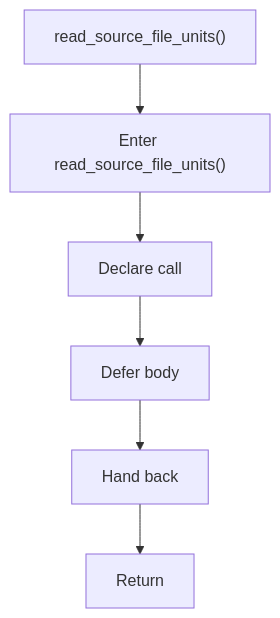
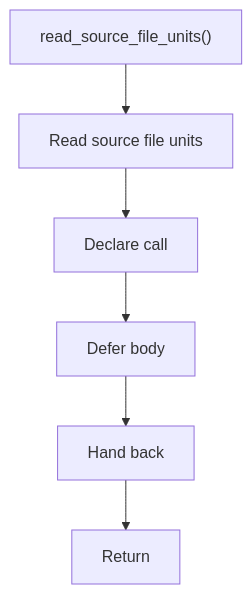
The fourth of 5 diagrams in docs/Codebase/Microservice/Modules/Header/SyntacticBrokenAST/Analysis/Input/source_reader.hpp.md (JohnAndrewBalbarosa/NeoTerritory), drawn with Mermaid before and after one commit. The commit also changed other lines of this file and 925 other files, not shown here.

````diff
--- a/docs/Codebase/Microservice/Modules/Header/SyntacticBrokenAST/Analysis/Input/source_reader.hpp.md
+++ b/docs/Codebase/Microservice/Modules/Header/SyntacticBrokenAST/Analysis/Input/source_reader.hpp.md
@@ -123,14 +122,14 @@
 ```mermaid
 flowchart TD
     Start["read_source_file_units()"]
-    N0["Enter read_source_file_units()"]
+    N0["Read source file units"]
     N1["Declare call"]
     N2["Defer body"]
     N3["Hand back"]
     End["Return"]
     Start --> N0
     N0 --> N1
     N1 --> N2
     N2 --> N3
     N3 --> End
 ```
````
